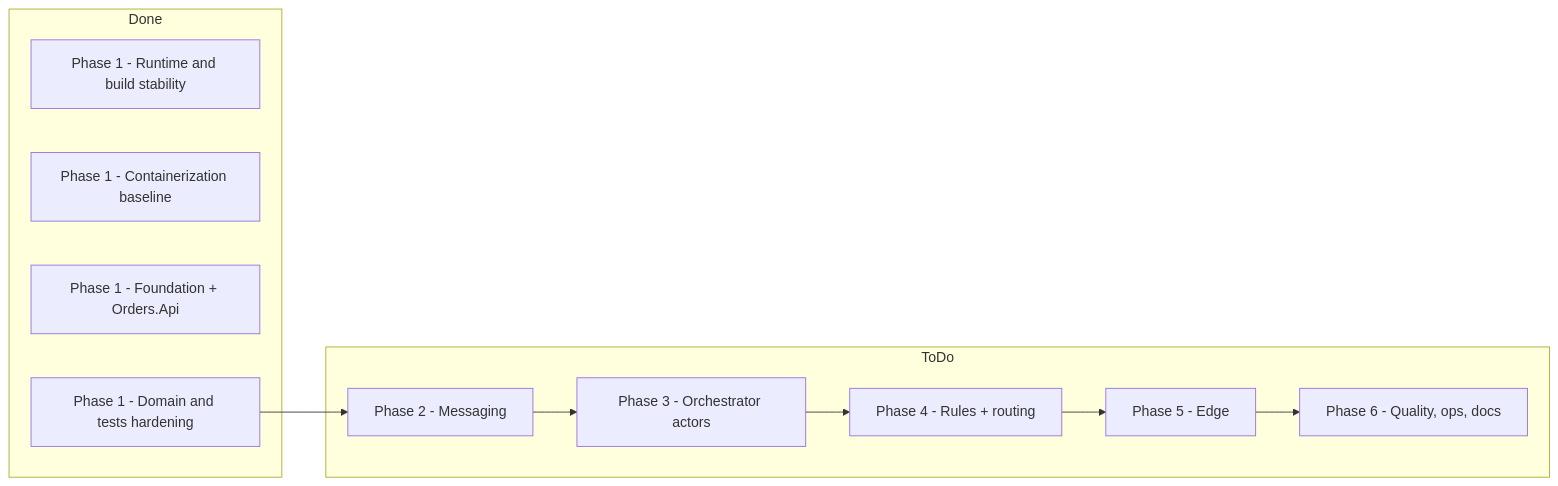
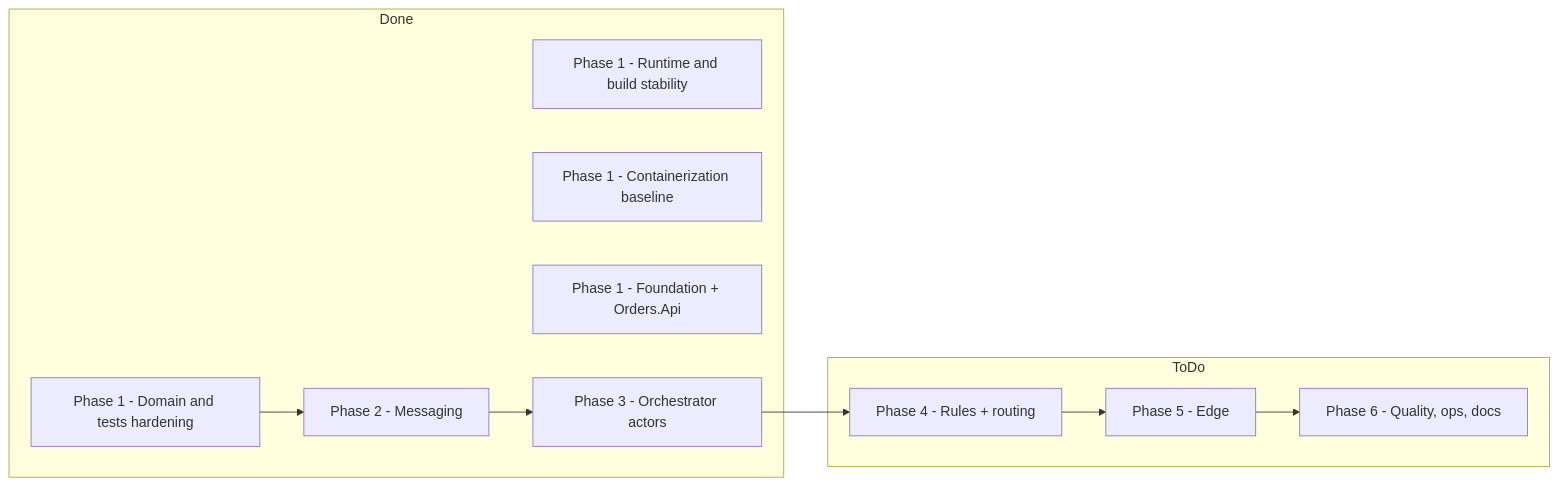
The third of 3 diagrams in README.md (tdutra-dev/intralogistics-orchestrator), drawn with Mermaid before and after one commit. The commit also changed other lines of this file and 4 other files, not shown here.

Commit message:
feat(phase3): add supervised orchestrator actors

````diff
--- a/README.md
+++ b/README.md
@@ -83,19 +83,19 @@
 ```mermaid
 flowchart LR
    subgraph Done
       D1[Phase 1 - Runtime and build stability]
       D2[Phase 1 - Containerization baseline]
       D3[Phase 1 - Foundation + Orders.Api]
       D4[Phase 1 - Domain and tests hardening]
+      D5[Phase 2 - Messaging]
+      D6[Phase 3 - Orchestrator actors]
    end
 
    subgraph ToDo
-      T2[Phase 2 - Messaging]
-      T3[Phase 3 - Orchestrator actors]
       T4[Phase 4 - Rules + routing]
       T5[Phase 5 - Edge]
       T6[Phase 6 - Quality, ops, docs]
    end
 
-   D4 --> T2 --> T3 --> T4 --> T5 --> T6
+   D4 --> D5 --> D6 --> T4 --> T5 --> T6
 ```
````
